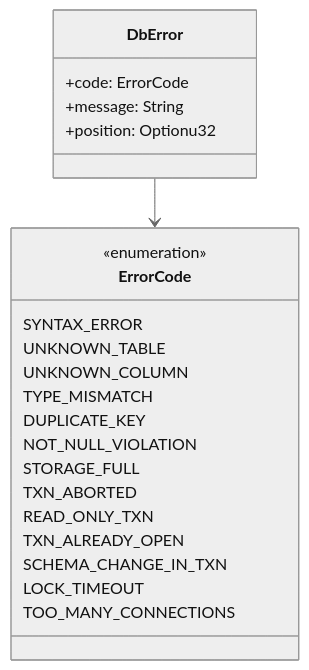
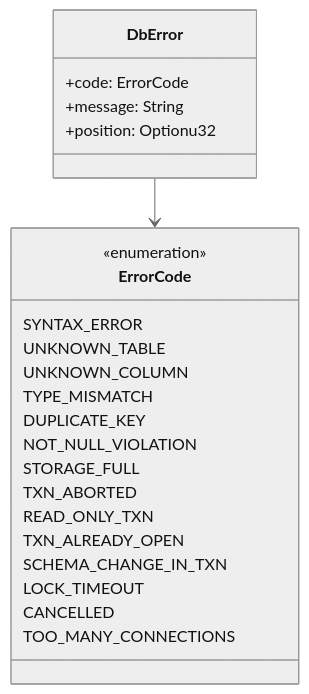
The eighth of 8 diagrams in docs/internals.md (mAzurkovic/garibaldb), drawn with Mermaid (neutral theme) before and after one commit. The commit also changed 22 other files, not shown here.

````diff
--- a/docs/internals.md
+++ b/docs/internals.md
@@ -487,25 +487,26 @@
 ```mermaid
 classDiagram
     class ErrorCode {
         <<enumeration>>
         SYNTAX_ERROR
         UNKNOWN_TABLE
         UNKNOWN_COLUMN
         TYPE_MISMATCH
         DUPLICATE_KEY
         NOT_NULL_VIOLATION
         STORAGE_FULL
         TXN_ABORTED
         READ_ONLY_TXN
         TXN_ALREADY_OPEN
         SCHEMA_CHANGE_IN_TXN
         LOCK_TIMEOUT
+        CANCELLED
         TOO_MANY_CONNECTIONS
     }
     class DbError {
         +code: ErrorCode
         +message: String
         +position: Optionu32
     }
     DbError --> ErrorCode
 ```
````
